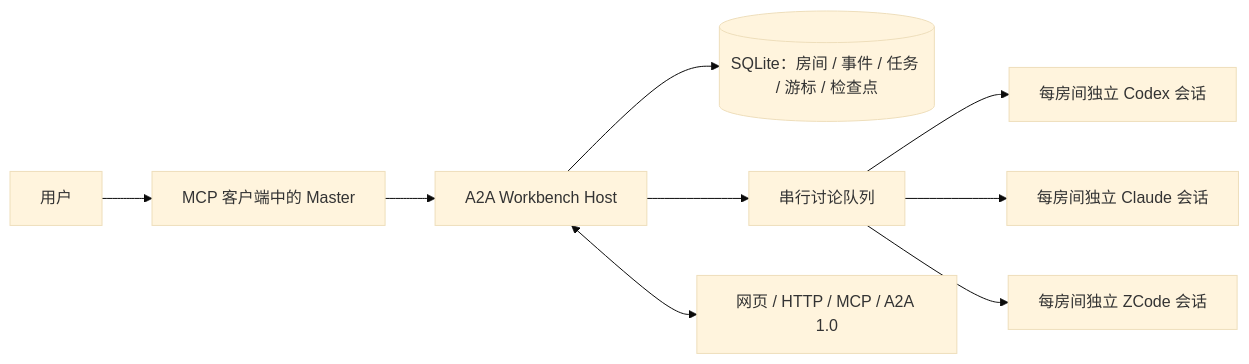
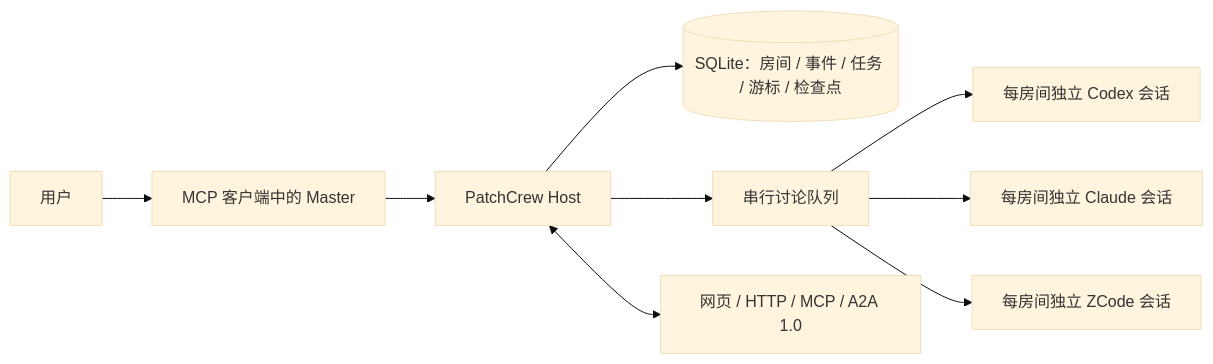
Before and after one commit to zhangsensen/a2a-workbench: the diagram in README.zh-CN.md, drawn with Mermaid (base theme). The commit also changed other lines of this file and 11 other files, not shown here.

Commit message:
docs: rename project to PatchCrew

````diff
--- a/README.zh-CN.md
+++ b/README.zh-CN.md
@@ -89,11 +89,11 @@
 ```mermaid
 flowchart LR
     U[用户] --> M[MCP 客户端中的 Master]
-    M --> H[A2A Workbench Host]
+    M --> H[PatchCrew Host]
     H --> DB[(SQLite：房间 / 事件 / 任务 / 游标 / 检查点)]
     H --> Q[串行讨论队列]
     Q --> C[每房间独立 Codex 会话]
     Q --> A[每房间独立 Claude 会话]
     Q --> Z[每房间独立 ZCode 会话]
     H <--> I[网页 / HTTP / MCP / A2A 1.0]
 ```
````
